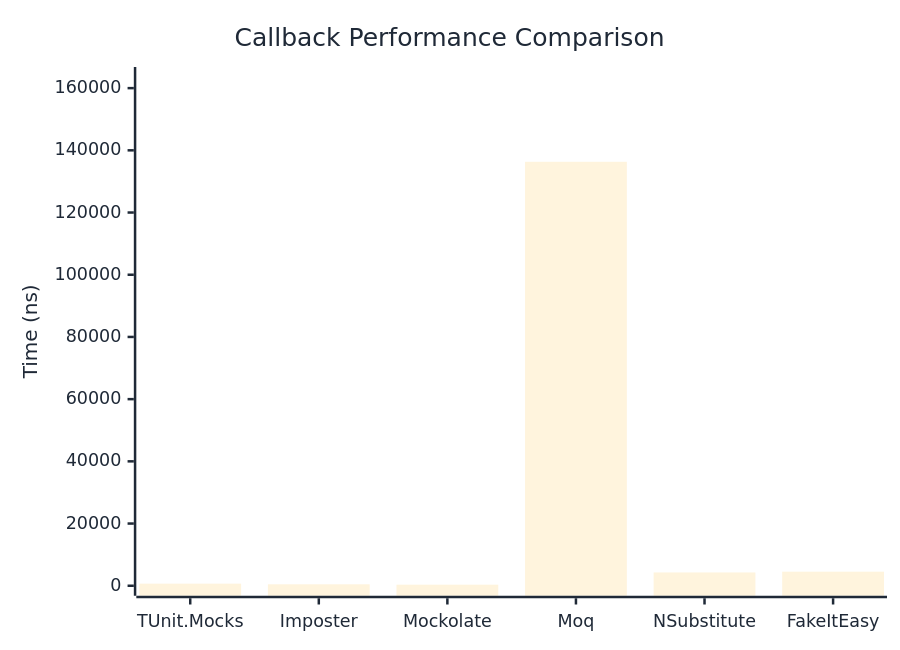
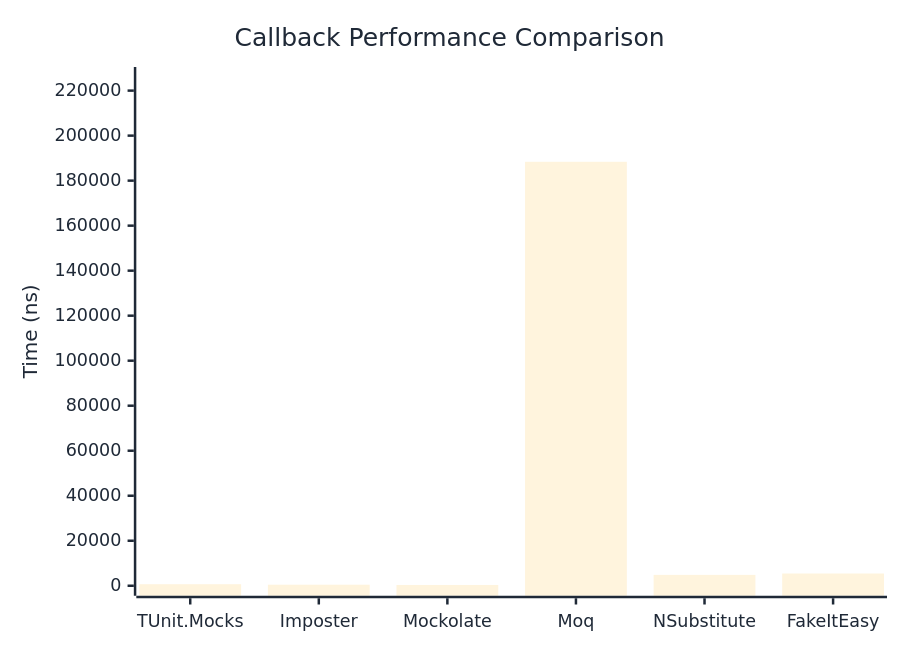
Before and after one commit to thomhurst/TUnit: the first of 2 diagrams in docs/docs/benchmarks/mocks/Callback.md, drawn with Mermaid. The commit also changed other lines of this file and 14 other files, not shown here.

````diff
--- a/docs/docs/benchmarks/mocks/Callback.md
+++ b/docs/docs/benchmarks/mocks/Callback.md
@@ -30,27 +30,27 @@
 ```mermaid
 %%{init: {
   'theme':'base',
   'themeVariables': {
     'primaryColor': '#2563eb',
     'primaryTextColor': '#1f2937',
     'primaryBorderColor': '#1e40af',
     'lineColor': '#6b7280',
     'secondaryColor': '#7c3aed',
     'tertiaryColor': '#dc2626',
     'background': '#ffffff',
     'pie1': '#2563eb',
     'pie2': '#7c3aed',
     'pie3': '#dc2626',
     'pie4': '#f59e0b',
     'pie5': '#10b981',
     'pie6': '#06b6d4',
     'pie7': '#ec4899',
     'pie8': '#6366f1'
   }
 }}%%
 xychart-beta
   title "Callback Performance Comparison"
   x-axis ["TUnit.Mocks", "Imposter", "Mockolate", "Moq", "NSubstitute", "FakeItEasy"]
-  y-axis "Time (ns)" 0 --> 163577
-  bar [676.6, 461, 341.8, 136313.7, 4274.1, 4523.9]
+  y-axis "Time (ns)" 0 --> 226053
+  bar [682.1, 470, 348.5, 188377.4, 4835.1, 5437.4]
 ```
````
